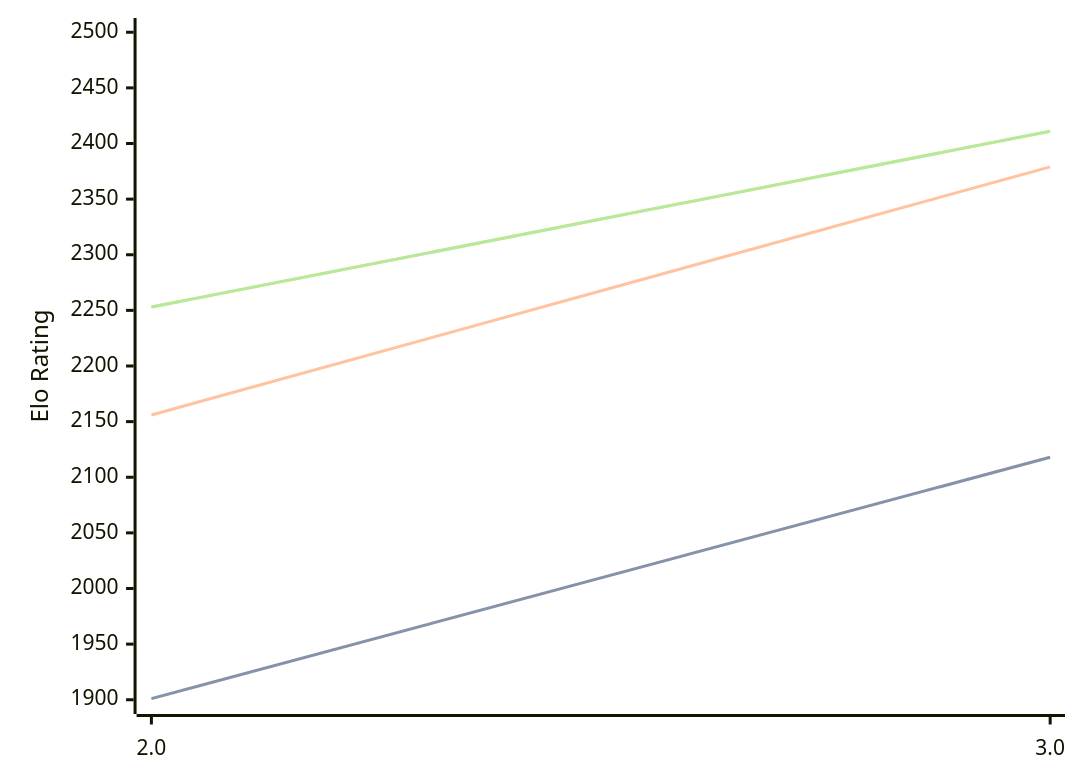
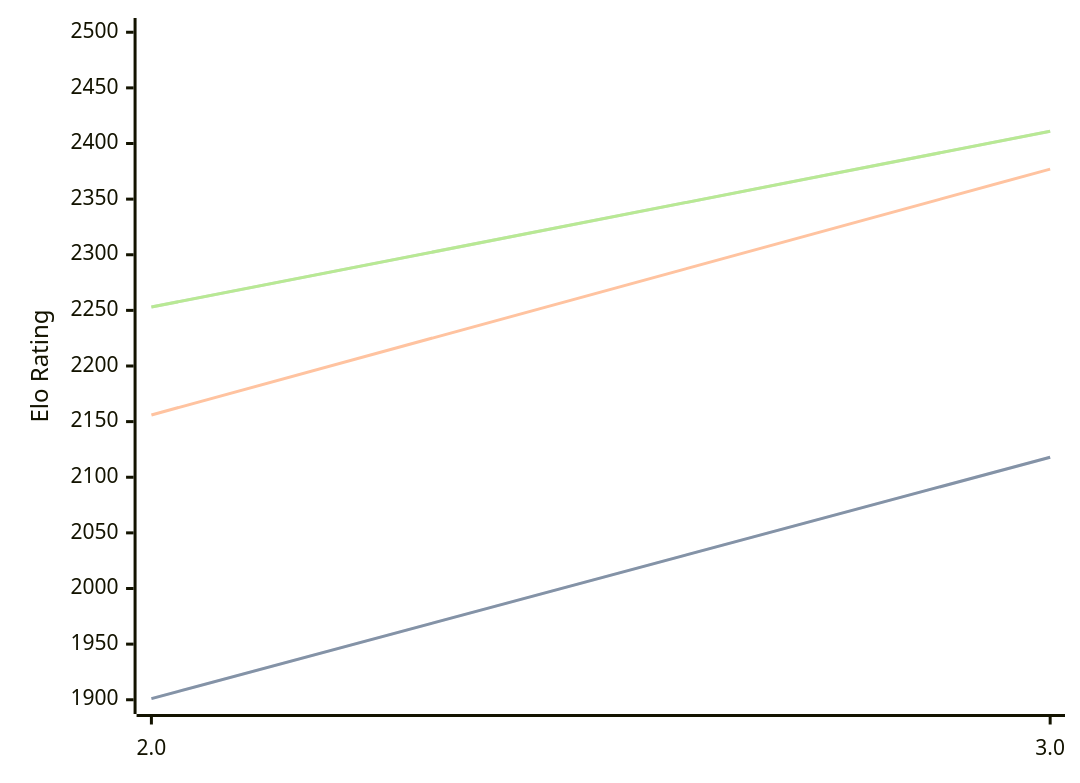
The diagram in engines/Zeno.md (computer-chess-index/cci), drawn with Mermaid before and after one commit. The commit also changed other lines of this file, not shown here.

````diff
--- a/engines/Zeno.md
+++ b/engines/Zeno.md
@@ -32,11 +32,11 @@
 ```mermaid
 %%{init: {"theme":"base","themeVariables":{"seriesColors:['#a3a3a3','#222221','#faa371']}}}%%
 xychart-beta
   x-axis ["2.0", "3.0"]
   y-axis "Elo Rating" 1900 --> 2500
   line "" [1901, 2118]
   line "STC (8.0+0.08s)" [1901, 2118]
-  line "LTC (60.0+0.60s)" [2156, 2379]
+  line "LTC (60.0+0.60s)" [2156, 2377]
   line "" [2253, 2411]
   line "VLTC (2m24s+1.12s)" [2253, 2411]
 ```
````
